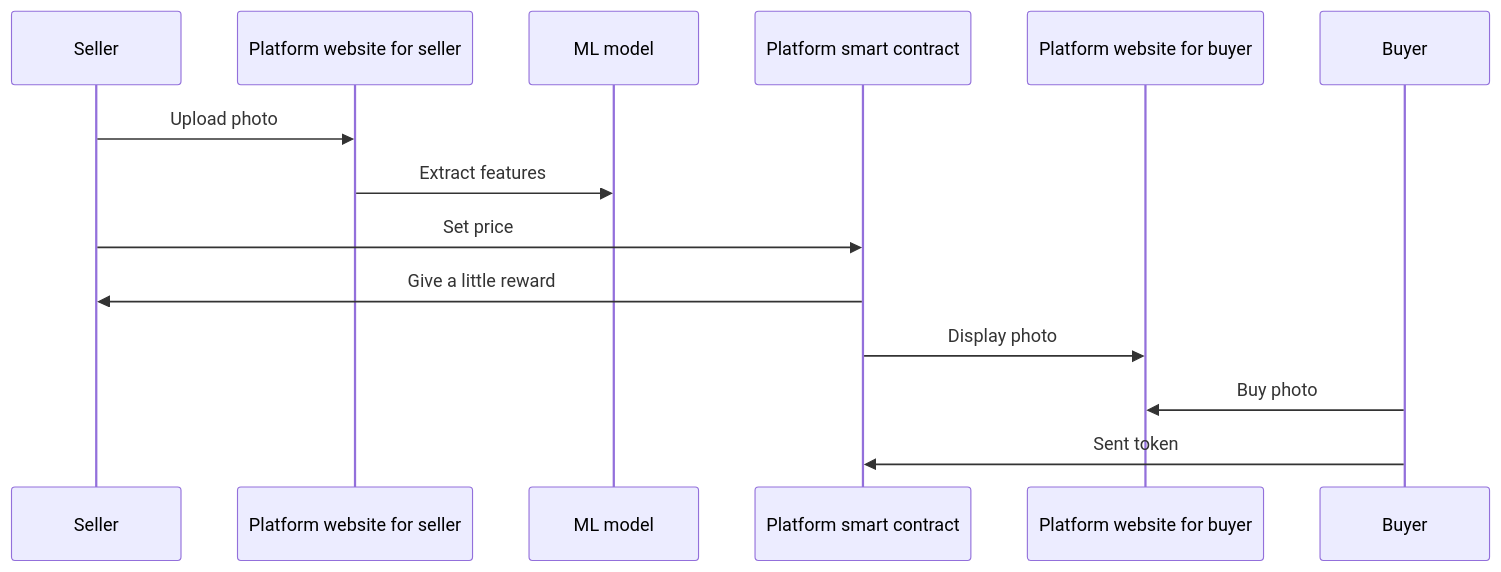
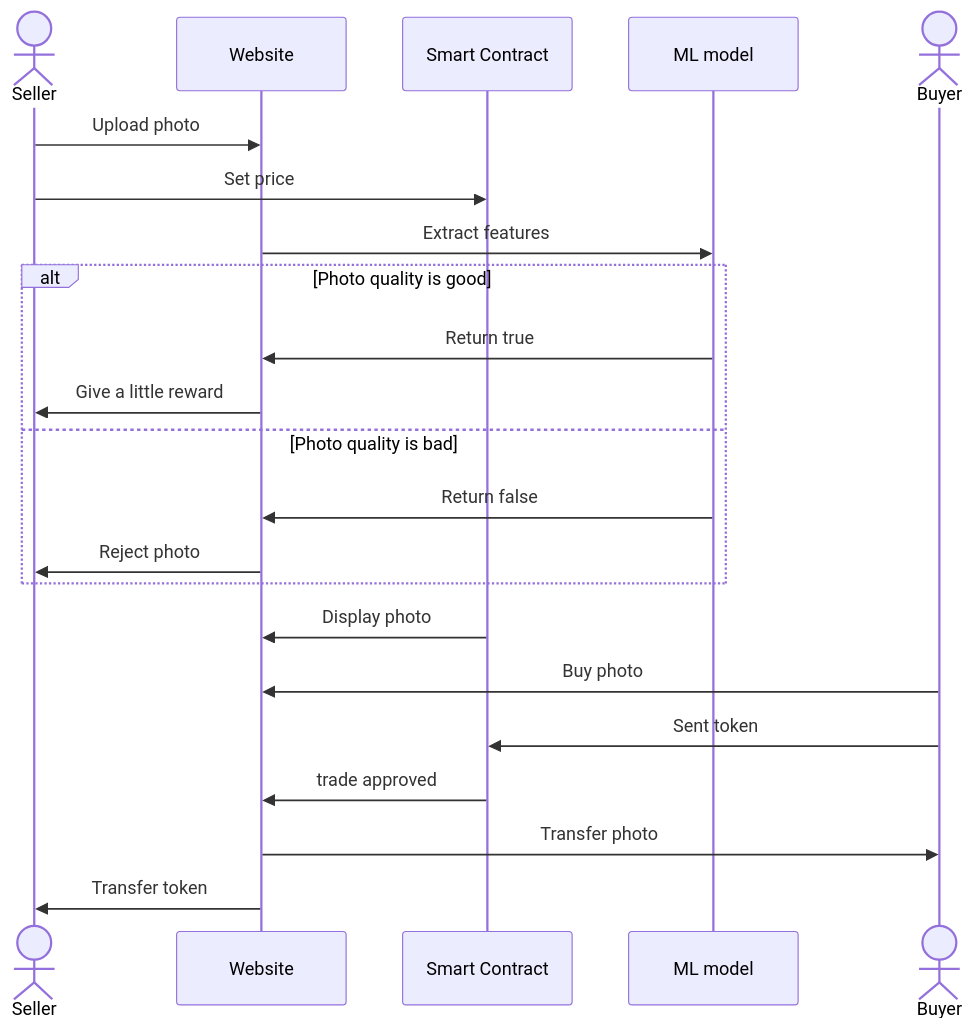
The diagram in README.md (AI-and-Blockchain/S24_The_World), drawn with Mermaid before and after one commit.

Commit message:
update sequenceDiagram in readme

````diff
--- a/README.md
+++ b/README.md
@@ -42,16 +42,24 @@
 ```mermaid
 sequenceDiagram
-    participant Seller
-    participant Platform website for seller
-    participant ML model
-    participant Platform smart contract
-    participant Platform website for buyer
-    participant Buyer
-    Seller->>Platform website for seller: Upload photo
-    Platform website for seller->>ML model: Extract features
-    Seller->>Platform smart contract: Set price
-    Platform smart contract->>Seller: Give a little reward
-    Platform smart contract->>Platform website for buyer: Display photo
-    Buyer->>Platform website for buyer: Buy photo
-    Buyer->>Platform smart contract: Sent token
+    actor S as Seller
+    participant W as Website
+    participant contract as Smart Contract
+    participant ML as ML model
+    actor B as Buyer
+    S->>W: Upload photo
+    S->>contract: Set price
+    W->>ML: Extract features
+    alt Photo quality is good
+        ML->>W: Return true
+        W->>S: Give a little reward
+    else Photo quality is bad
+        ML->>W: Return false
+        W->>S: Reject photo
+    end
+    contract->>W: Display photo
+    B->>W: Buy photo
+    B->>contract: Sent token
+    contract->>W: trade approved
+    W->>B: Transfer photo
+    W->>S: Transfer token
 ```
````
